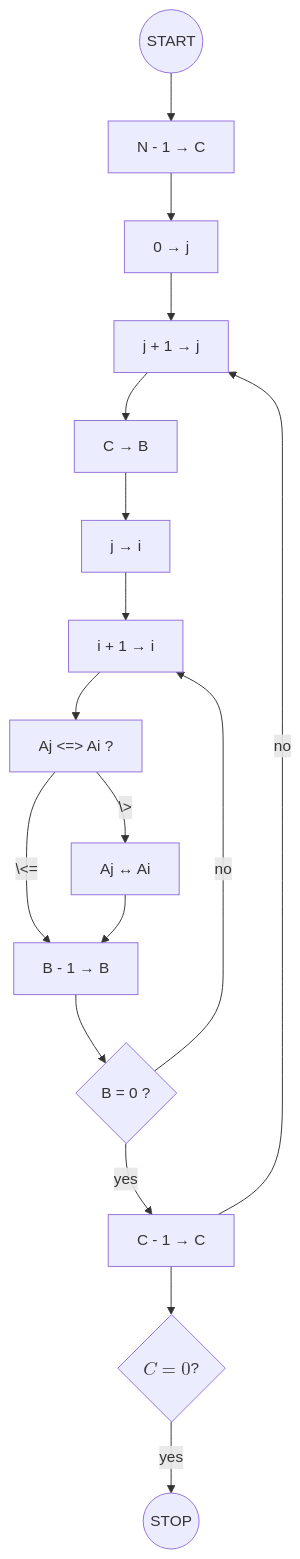
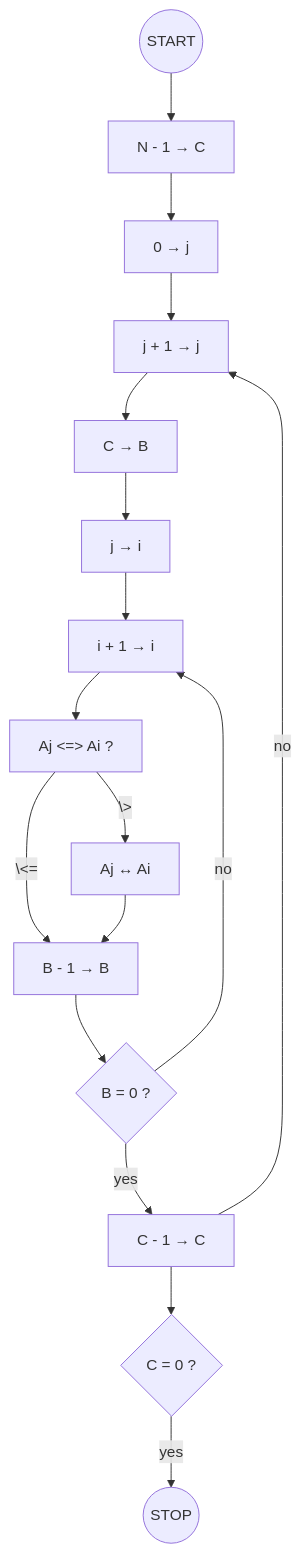
The diagram in SortAndDivision/README.md (Ryuji-Hazama/LegacyVsModern), drawn with Mermaid before and after one commit. The commit also changed other lines of this file, not shown here.

Commit message:
README Update

````diff
--- a/SortAndDivision/README.md
+++ b/SortAndDivision/README.md
@@ -7,21 +7,21 @@
 ```mermaid
 graph TD
 
 SortStart(("START")) --> 1["N - 1 &rarr; C"];
 1 --> 2["0 &rarr; j"];
 2 --> 3["j + 1 &rarr; j"];
 3 --> 4["C &rarr; B"];
 4 --> 5["j &rarr; i"];
 5 --> 6["i + 1 &rarr; i"];
 6 --> 7["Aj <=> Ai ?"];
 7 --\<=--> 9["B - 1 &rarr; B"];
 7 --\>--> 8["Aj &harr; Ai"];
 8 --> 9;
 9 --> 10{"B = 0 ?"};
 10 --yes--> 11["C - 1 &rarr; C"];
 10 --"no"--> 6;
-11 --> 12{" $$C = 0$$ ?"};
+11 --> 12{"C = 0 ?"};
 12 --yes--> SortStop(("STOP"));
 11 --"no"--> 3;
 
 ```
````
